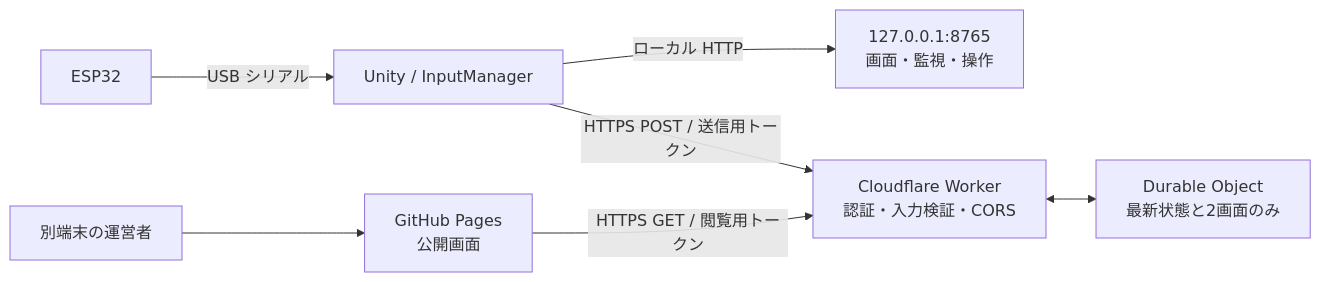
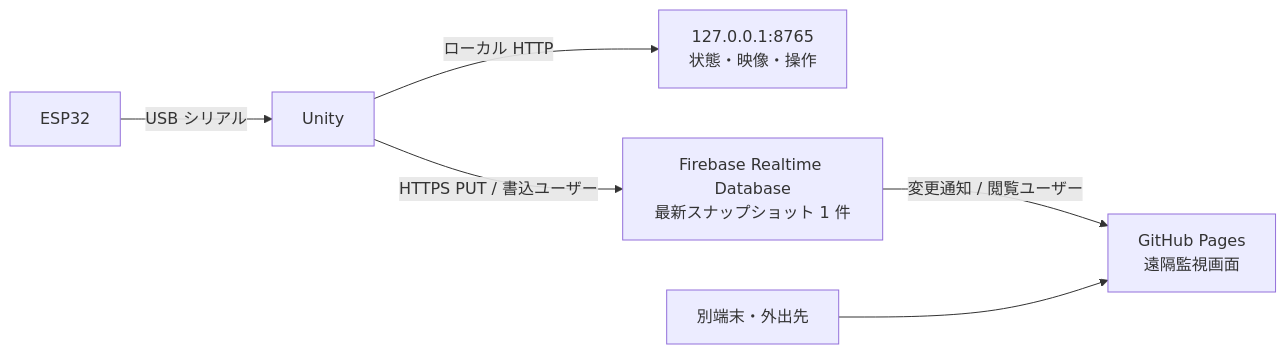
The diagram in Documentation/RemoteRaceDashboardPlan.md (TK75Attractions/Racing), drawn with Mermaid before and after one commit. The commit also changed other lines of this file, not shown here.

Commit message:
Plan free Firebase remote race monitoring

````diff
--- a/Documentation/RemoteRaceDashboardPlan.md
+++ b/Documentation/RemoteRaceDashboardPlan.md
@@ -11,9 +9,8 @@
 ```mermaid
 flowchart LR
-  ESP[ESP32] -->|USB シリアル| UNITY[Unity / InputManager]
-  UNITY -->|ローカル HTTP| LOCAL[127.0.0.1:8765<br>画面・監視・操作]
-  UNITY -->|HTTPS POST / 送信用トークン| WORKER[Cloudflare Worker<br>認証・入力検証・CORS]
-  WORKER <--> DO[Durable Object<br>最新状態と2画面のみ]
-  PAGES[GitHub Pages<br>公開画面] -->|HTTPS GET / 閲覧用トークン| WORKER
-  VIEWER[別端末の運営者] --> PAGES
+  ESP[ESP32] -->|USB シリアル| UNITY[Unity]
+  UNITY -->|ローカル HTTP| LOCAL[127.0.0.1:8765<br>状態・映像・操作]
+  UNITY -->|HTTPS PUT / 書込ユーザー| DB[Firebase Realtime Database<br>最新スナップショット 1 件]
+  DB -->|変更通知 / 閲覧ユーザー| PAGES[GitHub Pages<br>遠隔監視画面]
+  VIEWER[別端末・外出先] --> PAGES
 ```
````
